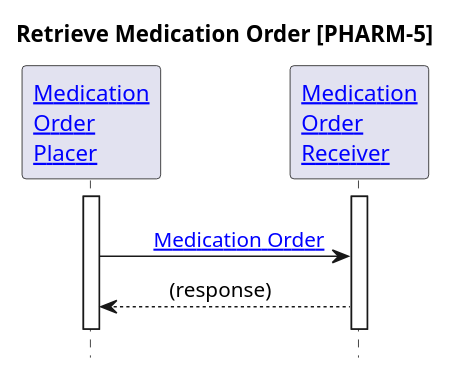
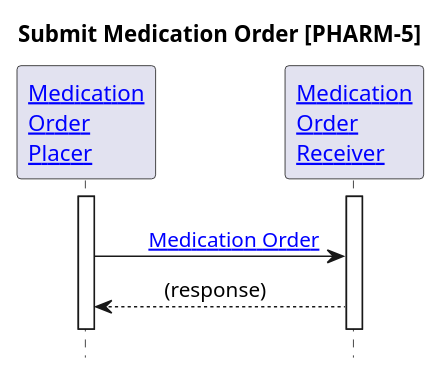
Before and after one commit to IHE/pharm-mpd: the diagram in input/images-source/pharm-5.plantuml, drawn with PlantUML. The commit also changed 9 other files, not shown here.

```diff
--- a/input/images-source/pharm-5.plantuml
+++ b/input/images-source/pharm-5.plantuml
@@ -1,23 +1,23 @@
 @startuml
 
 hide footbox
 
 '!include ./style.iuml
 
-Title Retrieve Medication Order [PHARM-5]
+Title Submit Medication Order [PHARM-5]
 
 Participant "[[actors_and_transactions.html#order-placer Medication\nOrder\nPlacer]]" as OP
 Participant "[[actors_and_transactions.html#order-receiver Medication\nOrder\nReceiver]]" as OF
 
 activate OP
 activate OF
 
 OP -[hidden]> OF
 OP -> OF: \t[[StructureDefinition-IHEMedicationOrder.html{Medication Order} Medication Order]]
 OP <-- OF: \t(response)\t
 OP -[hidden]> OF
 
 deactivate OP
 deactivate OF
 
 @enduml
```
